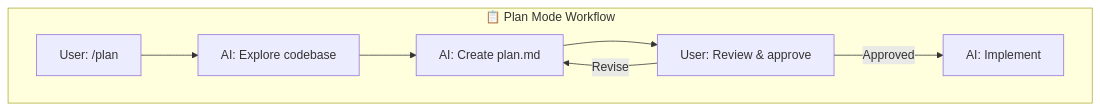
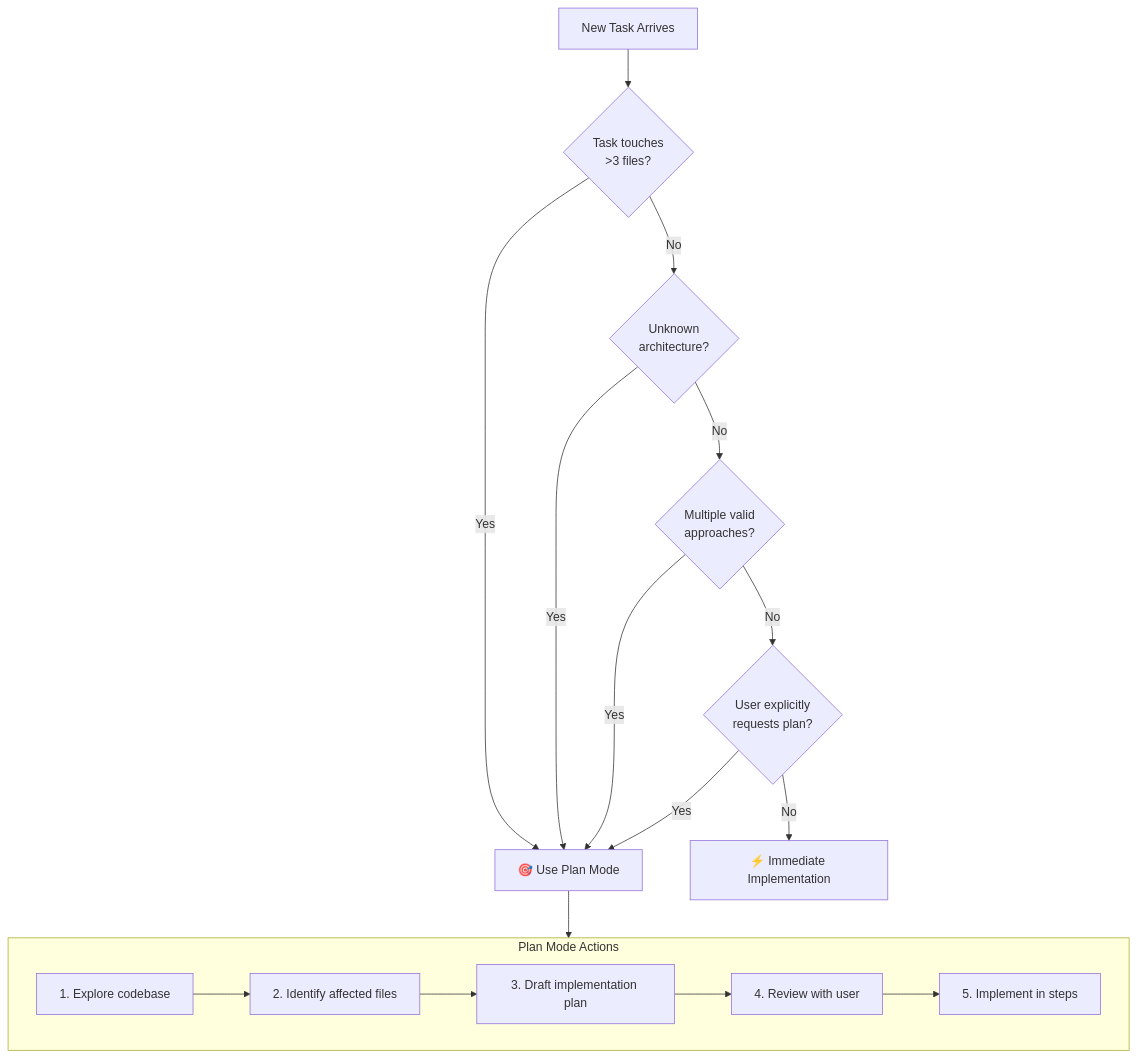
Before and after one commit to Just-Understanding-Data-Ltd/compound-engineering-book: the first of 5 diagrams in assets/diagrams/ch12-workflows.md, drawn with Mermaid. The commit also changed other lines of this file and 2 other files, not shown here.

First line of the commit message:
[chapter]: Complete ch12 Development Workflows diagrams_complete milestone - ITERATION 6

````diff
--- a/assets/diagrams/ch12-workflows.md
+++ b/assets/diagrams/ch12-workflows.md
@@ -8,14 +14,34 @@
 ```mermaid
 flowchart TB
-    subgraph PlanMode["📋 Plan Mode Workflow"]
-        P1["User: /plan"]
-        P2["AI: Explore codebase"]
-        P3["AI: Create plan.md"]
-        P4["User: Review & approve"]
-        P5["AI: Implement"]
+    Start["New Task Arrives"]
 
-        P1 --> P2 --> P3 --> P4
-        P4 -->|"Approved"| P5
-        P4 -->|"Revise"| P3
+    Q1{"Task touches\n>3 files?"}
+    Q2{"Unknown\narchitecture?"}
+    Q3{"Multiple valid\napproaches?"}
+    Q4{"User explicitly\nrequests plan?"}
+
+    PlanMode["🎯 Use Plan Mode"]
+    Immediate["⚡ Immediate Implementation"]
+
+    Start --> Q1
+    Q1 -->|"Yes"| PlanMode
+    Q1 -->|"No"| Q2
+    Q2 -->|"Yes"| PlanMode
+    Q2 -->|"No"| Q3
+    Q3 -->|"Yes"| PlanMode
+    Q3 -->|"No"| Q4
+    Q4 -->|"Yes"| PlanMode
+    Q4 -->|"No"| Immediate
+
+    subgraph PlanPhase["Plan Mode Actions"]
+        P1["1. Explore codebase"]
+        P2["2. Identify affected files"]
+        P3["3. Draft implementation plan"]
+        P4["4. Review with user"]
+        P5["5. Implement in steps"]
+
+        P1 --> P2 --> P3 --> P4 --> P5
     end
+
+    PlanMode --> PlanPhase
 ```
````
